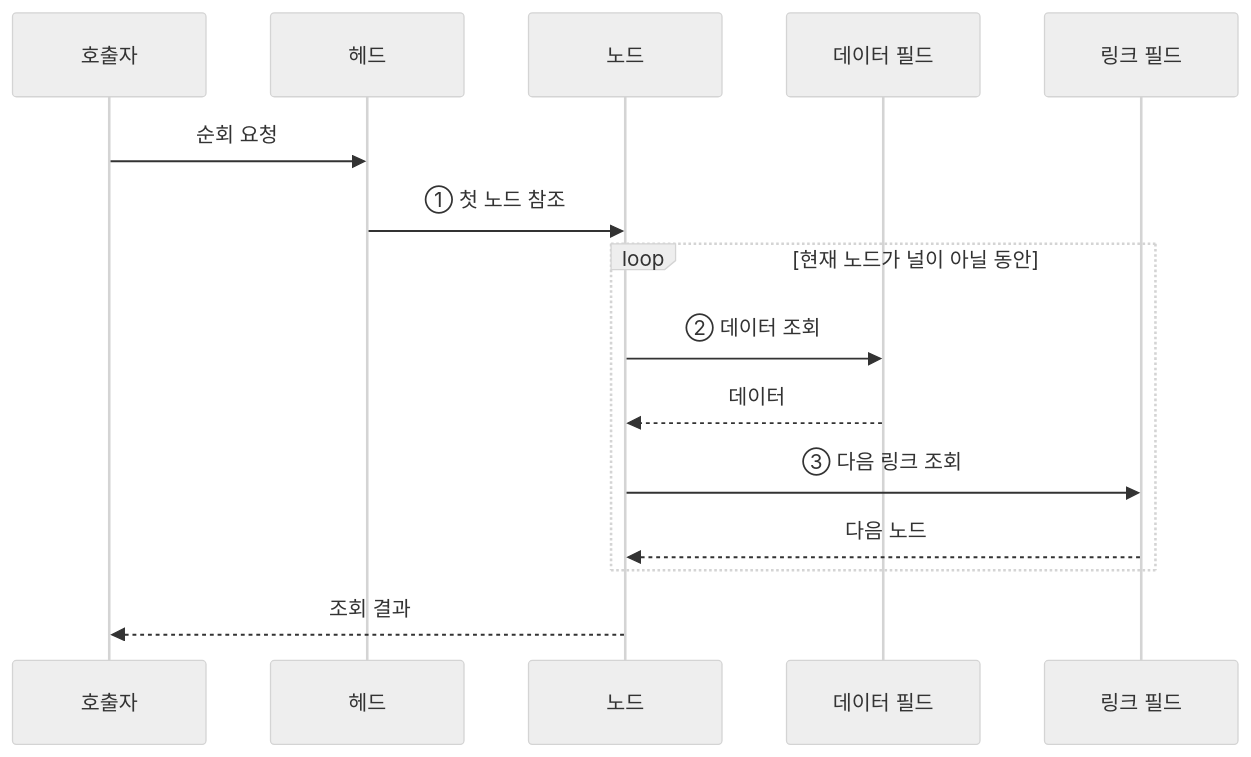
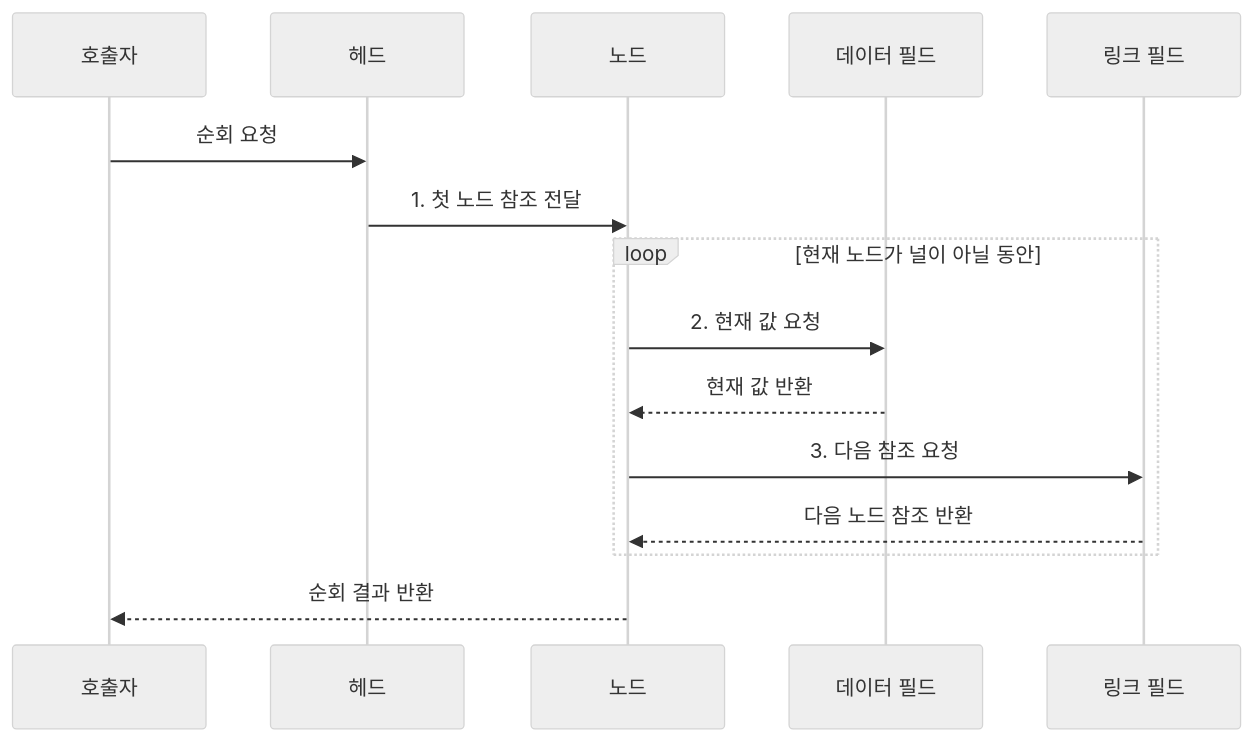
One commit to agnusdei1207/knowledge-base changed the third of 4 diagrams in src/content/docs/notes/01-basic-theory/006_linked_list.md. Above: the diagram before and after it, drawn with Mermaid (neutral theme). The commit also changed other lines of this file and 20 other files, not shown here.

````diff
--- a/src/content/docs/notes/01-basic-theory/006_linked_list.md
+++ b/src/content/docs/notes/01-basic-theory/006_linked_list.md
@@ -86,17 +96,17 @@
 ```mermaid
 sequenceDiagram
     participant Q as 호출자
     participant H as 헤드
     participant N as 노드
     participant D as 데이터 필드
     participant L as 링크 필드
     Q->>H: 순회 요청
-    H->>N: ① 첫 노드 참조
+    H->>N: 1. 첫 노드 참조 전달
     loop 현재 노드가 널이 아닐 동안
-        N->>D: ② 데이터 조회
-        D-->>N: 데이터
-        N->>L: ③ 다음 링크 조회
-        L-->>N: 다음 노드
+        N->>D: 2. 현재 값 요청
+        D-->>N: 현재 값 반환
+        N->>L: 3. 다음 참조 요청
+        L-->>N: 다음 노드 참조 반환
     end
-    N-->>Q: 조회 결과
+    N-->>Q: 순회 결과 반환
 ```
````
